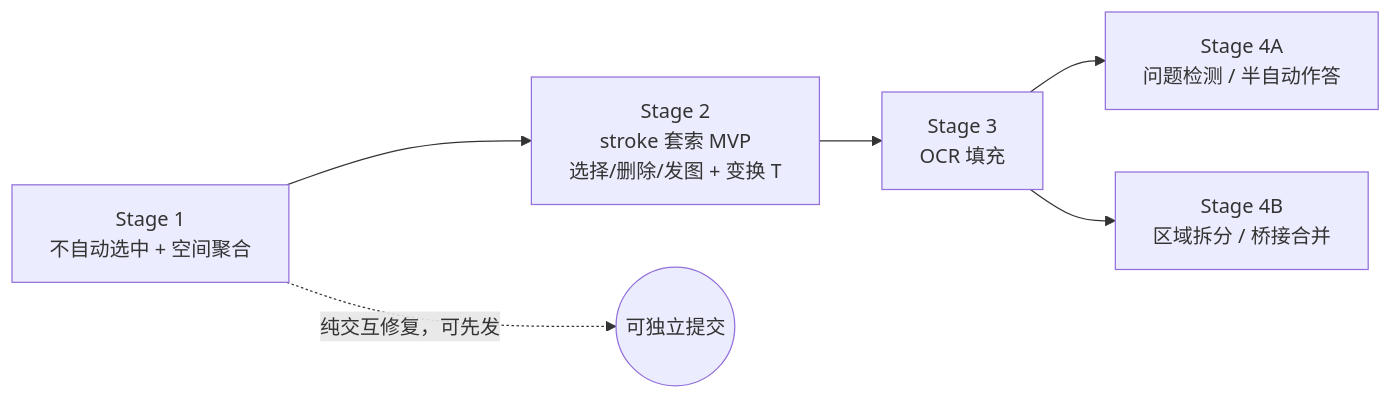
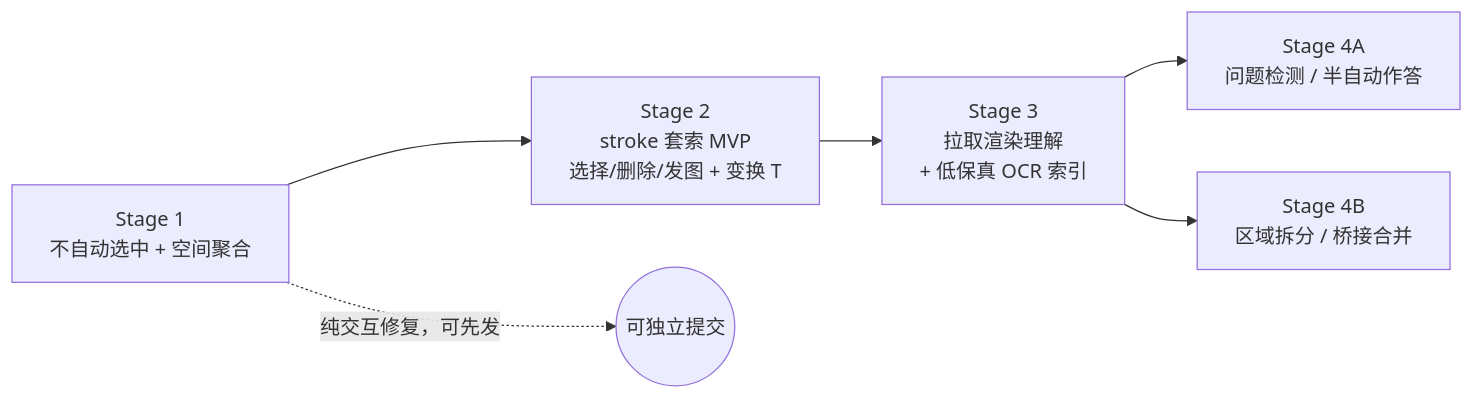
Before and after one commit to microsoft/Huabu: the diagram in docs/proposals/sketch-region-redesign.md, drawn with Mermaid. The commit also changed other lines of this file, not shown here.

First line of the commit message:
docs(sketch): redesign Stage 3 - OCR as low-fidelity index, comprehension via pull-render

````diff
--- a/docs/proposals/sketch-region-redesign.md
+++ b/docs/proposals/sketch-region-redesign.md
@@ -150,8 +154,8 @@
 ```mermaid
 graph LR
   S1[Stage 1<br/>不自动选中 + 空间聚合] --> S2[Stage 2<br/>stroke 套索 MVP<br/>选择/删除/发图 + 变换 T]
-  S2 --> S3[Stage 3<br/>OCR 填充]
+  S2 --> S3[Stage 3<br/>拉取渲染理解<br/>+ 低保真 OCR 索引]
   S3 --> S4A[Stage 4A<br/>问题检测 / 半自动作答]
   S3 --> S4B[Stage 4B<br/>区域拆分 / 桥接合并]
   S1 -.纯交互修复，可先发.-> done((可独立提交))
 ```
````
